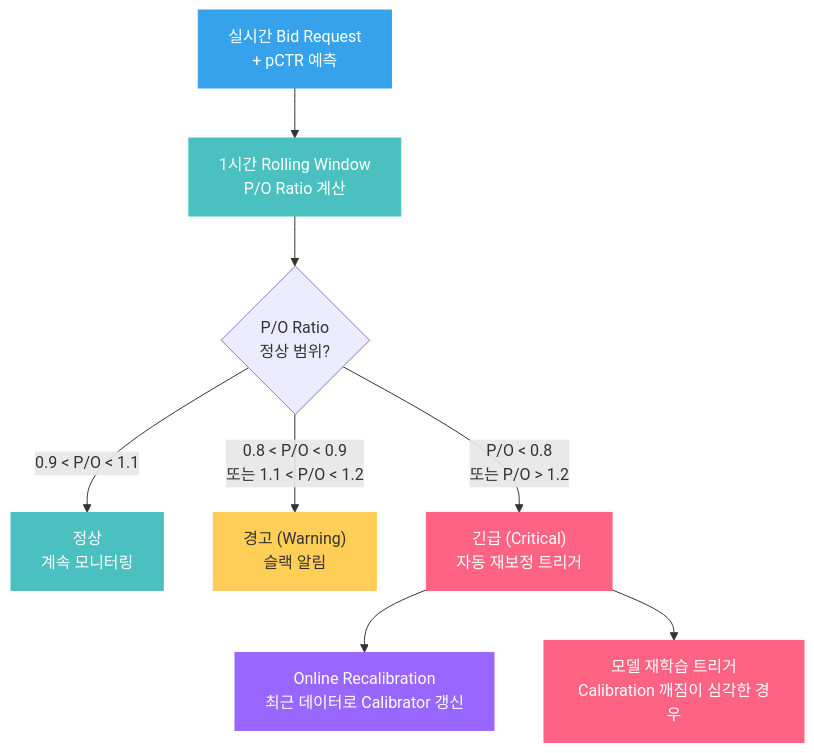
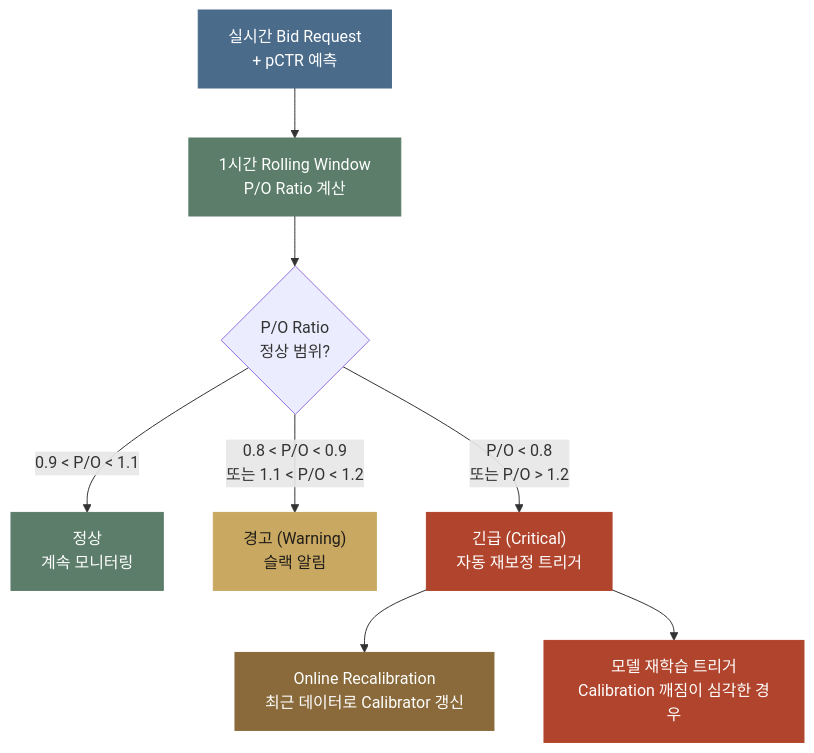
The third of 3 diagrams in posts/calibration.md (chkimsu/adtech-blog), drawn with Mermaid before and after one commit. The commit also changed other lines of this file and 40 other files, not shown here.

````diff
--- a/posts/calibration.md
+++ b/posts/calibration.md
@@ -635,18 +635,18 @@
 ```mermaid
 graph TD
     A["실시간 Bid Request<br/>+ pCTR 예측"] --> B["1시간 Rolling Window<br/>P/O Ratio 계산"]
     B --> C{"P/O Ratio<br/>정상 범위?"}
     C -->|"0.9 < P/O < 1.1"| D["정상<br/>계속 모니터링"]
     C -->|"0.8 < P/O < 0.9<br/>또는 1.1 < P/O < 1.2"| E["경고 (Warning)<br/>슬랙 알림"]
     C -->|"P/O < 0.8<br/>또는 P/O > 1.2"| F["긴급 (Critical)<br/>자동 재보정 트리거"]
     F --> G["Online Recalibration<br/>최근 데이터로 Calibrator 갱신"]
     F --> H["모델 재학습 트리거<br/>Calibration 깨짐이 심각한 경우"]
 
-    style A fill:#36a2eb,stroke:#36a2eb,color:#fff
-    style B fill:#4bc0c0,stroke:#4bc0c0,color:#fff
-    style D fill:#4bc0c0,stroke:#4bc0c0,color:#fff
-    style E fill:#ffce56,stroke:#ffce56,color:#333
-    style F fill:#ff6384,stroke:#ff6384,color:#fff
-    style G fill:#9966ff,stroke:#9966ff,color:#fff
-    style H fill:#ff6384,stroke:#ff6384,color:#fff
+    style A fill:#4a6b8a,stroke:#4a6b8a,color:#fff
+    style B fill:#5b7d6a,stroke:#5b7d6a,color:#fff
+    style D fill:#5b7d6a,stroke:#5b7d6a,color:#fff
+    style E fill:#c9a961,stroke:#c9a961,color:#201d1a
+    style F fill:#b0442c,stroke:#b0442c,color:#fff
+    style G fill:#8a6a3a,stroke:#8a6a3a,color:#fff
+    style H fill:#b0442c,stroke:#b0442c,color:#fff
 ```
````
